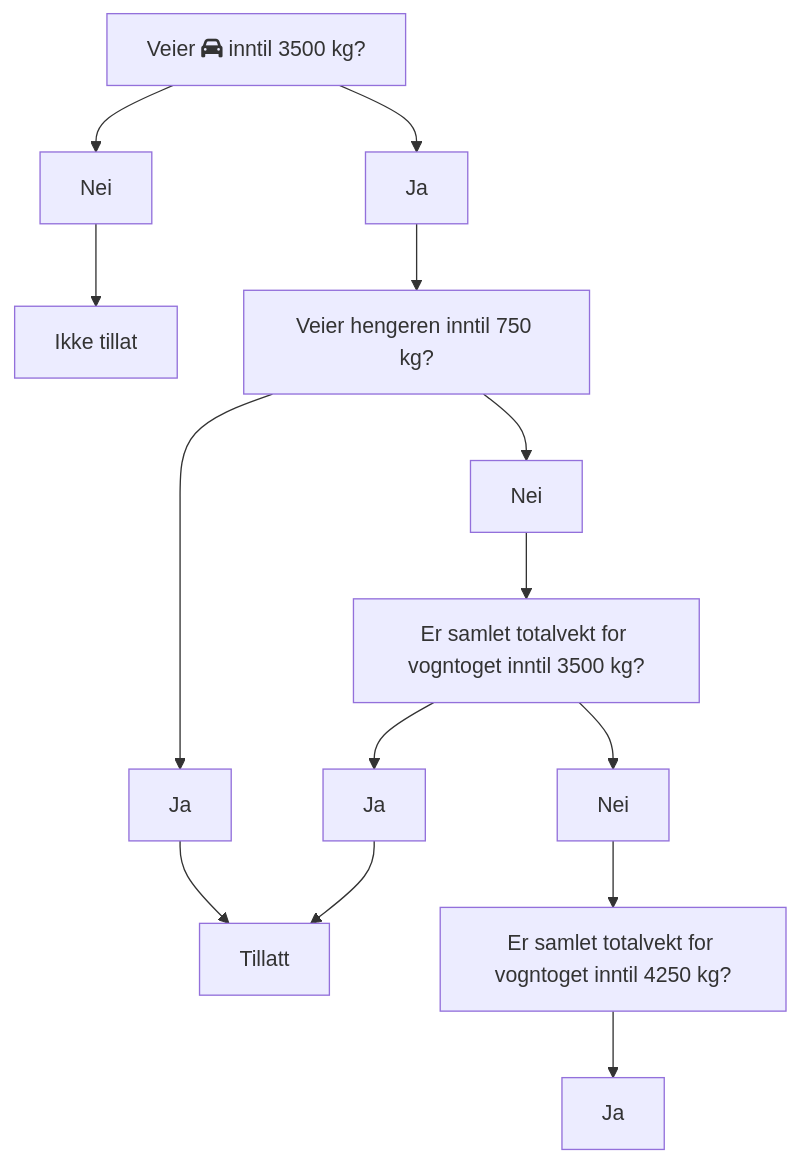
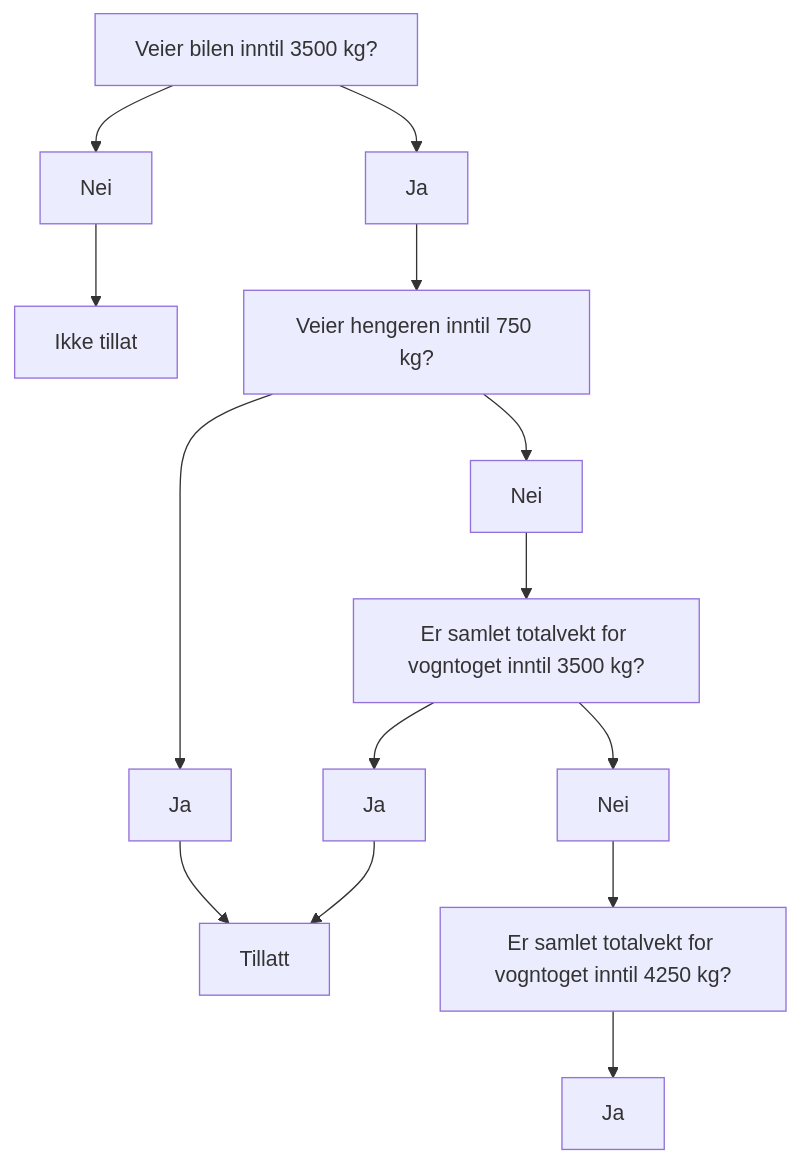
The diagram in README.md (davidsteinsland/tilhengerlappen), drawn with Mermaid before and after one commit.

Commit message:
ikon funket ikke

````diff
--- a/README.md
+++ b/README.md
@@ -74,12 +74,12 @@
 ```mermaid
 flowchart TD
-    A[Veier fa:fa-car inntil 3500 kg?]
+    A[Veier bilen inntil 3500 kg?]
     A --> Nei --> B[Ikke tillat]
     A --> C[Ja] --> G[Veier hengeren inntil 750 kg?]
     G --> E[Nei] --> F[Er samlet totalvekt for vogntoget inntil 3500 kg?]
     F --> N[Ja] --> Tillatt
     F --> H[Nei]
     G --> D[Ja] --> Tillatt
     H --> I[Er samlet totalvekt for vogntoget inntil 4250 kg?]
     I --> J[Ja]
 ```
````
